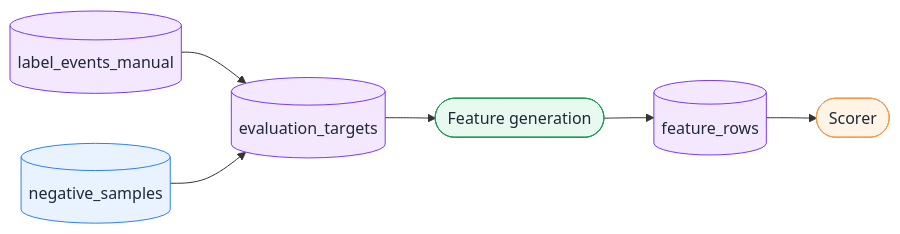
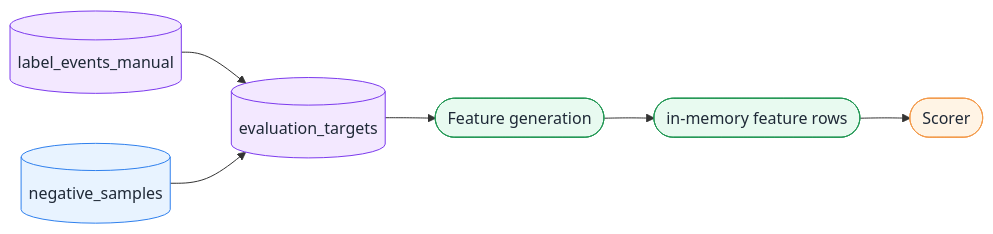
The eighth of 16 diagrams in docs/design/evaluation_harness_architecture_mermaid_ja.md (tasuku43/abuse-detection-learning), drawn with Mermaid before and after one commit. The commit also changed other lines of this file and 3 other files, not shown here.

Commit message:
docs: refine scoring architecture notes

````diff
--- a/docs/design/evaluation_harness_architecture_mermaid_ja.md
+++ b/docs/design/evaluation_harness_architecture_mermaid_ja.md
@@ -218,13 +295,13 @@
 ```mermaid
 flowchart LR
   classDef source fill:#E8F3FF,stroke:#2F80ED,color:#1F2937
   classDef table fill:#F3E8FF,stroke:#7C3AED,color:#1F2937
   classDef process fill:#E8FAF0,stroke:#219653,color:#1F2937
   classDef scorer fill:#FFF4E5,stroke:#F2994A,color:#1F2937
 
   LH[(label_events_manual)]:::table --> ET[(evaluation_targets)]:::table
   NS[(negative_samples)]:::source --> ET
   ET --> FG([Feature generation]):::process
-  FG --> FR[(feature_rows)]:::table
+  FG --> FR([in-memory feature rows]):::process
   FR --> SC([Scorer]):::scorer
 ```
````
